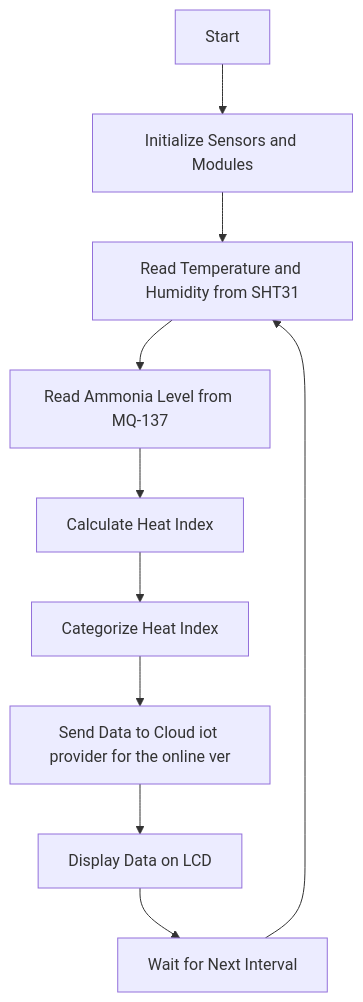
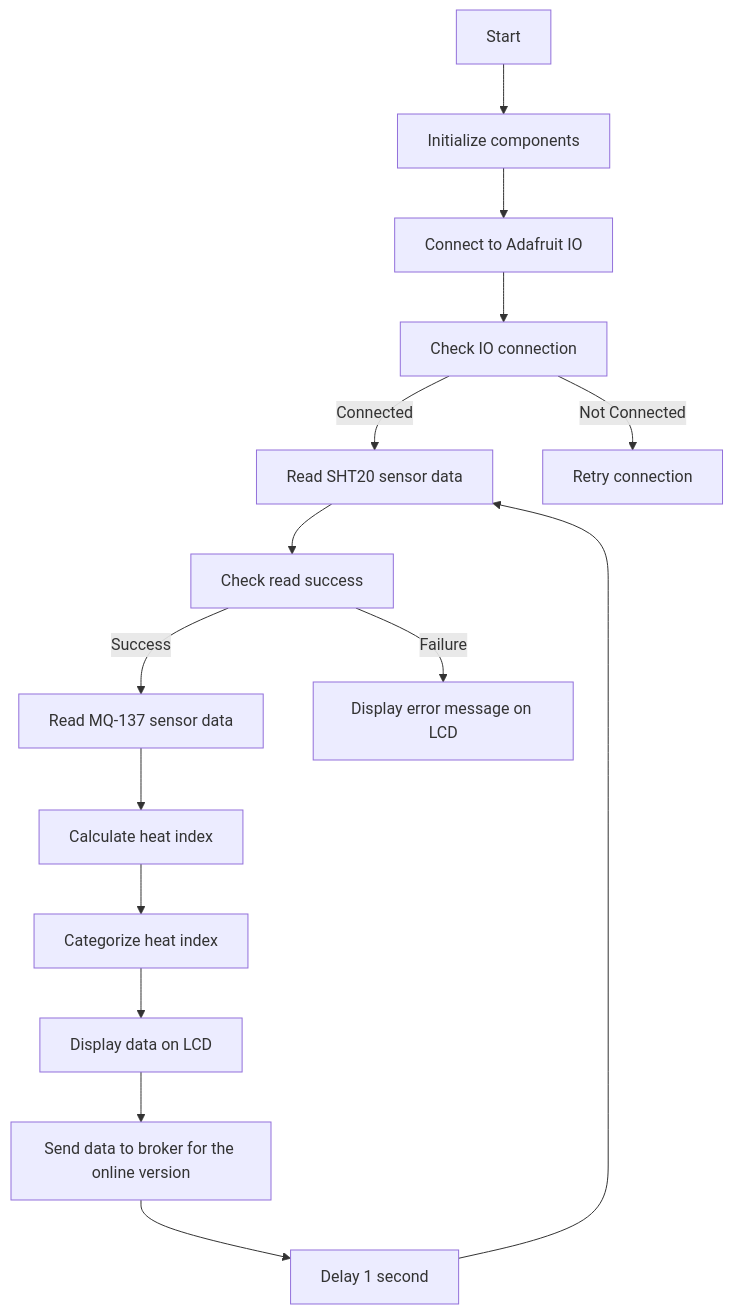
Before and after one commit to lily-open-source/Environmental-Monitoring-System: the diagram in Readme.md, drawn with Mermaid. The commit also changed other lines of this file, not shown here.

````diff
--- a/Readme.md
+++ b/Readme.md
@@ -57,12 +55,17 @@
 ```mermaid
-graph TD
-    A[Start] --> B[Initialize Sensors and Modules]
-    B --> C[Read Temperature and Humidity from SHT31]
-    C --> D[Read Ammonia Level from MQ-137]
-    D --> E[Calculate Heat Index]
-    E --> F[Categorize Heat Index]
-    F --> G[Send Data to Cloud iot provider for the online ver]
-    G --> H[Display Data on LCD]
-    H --> I[Wait for Next Interval]
-    I --> C
+graph TD;
+    A[Start] --> B[Initialize components]
+    B --> C[Connect to Adafruit IO]
+    C --> D[Check IO connection]
+    D -- Connected --> E[Read SHT20 sensor data]
+    D -- Not Connected --> F[Retry connection]
+    E --> G[Check read success]
+    G -- Success --> H[Read MQ-137 sensor data]
+    G -- Failure --> I[Display error message on LCD]
+    H --> J[Calculate heat index]
+    J --> K[Categorize heat index]
+    K --> L[Display data on LCD]
+    L --> M[Send data to broker for the online version]
+    M --> N[Delay 1 second]
+    N --> E
 ```
````
